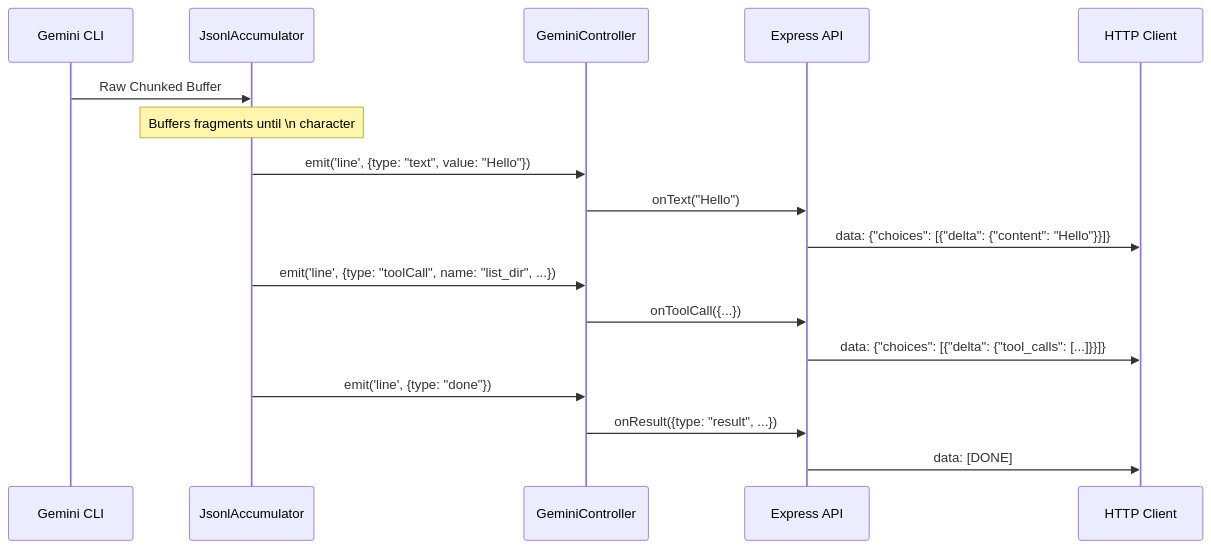
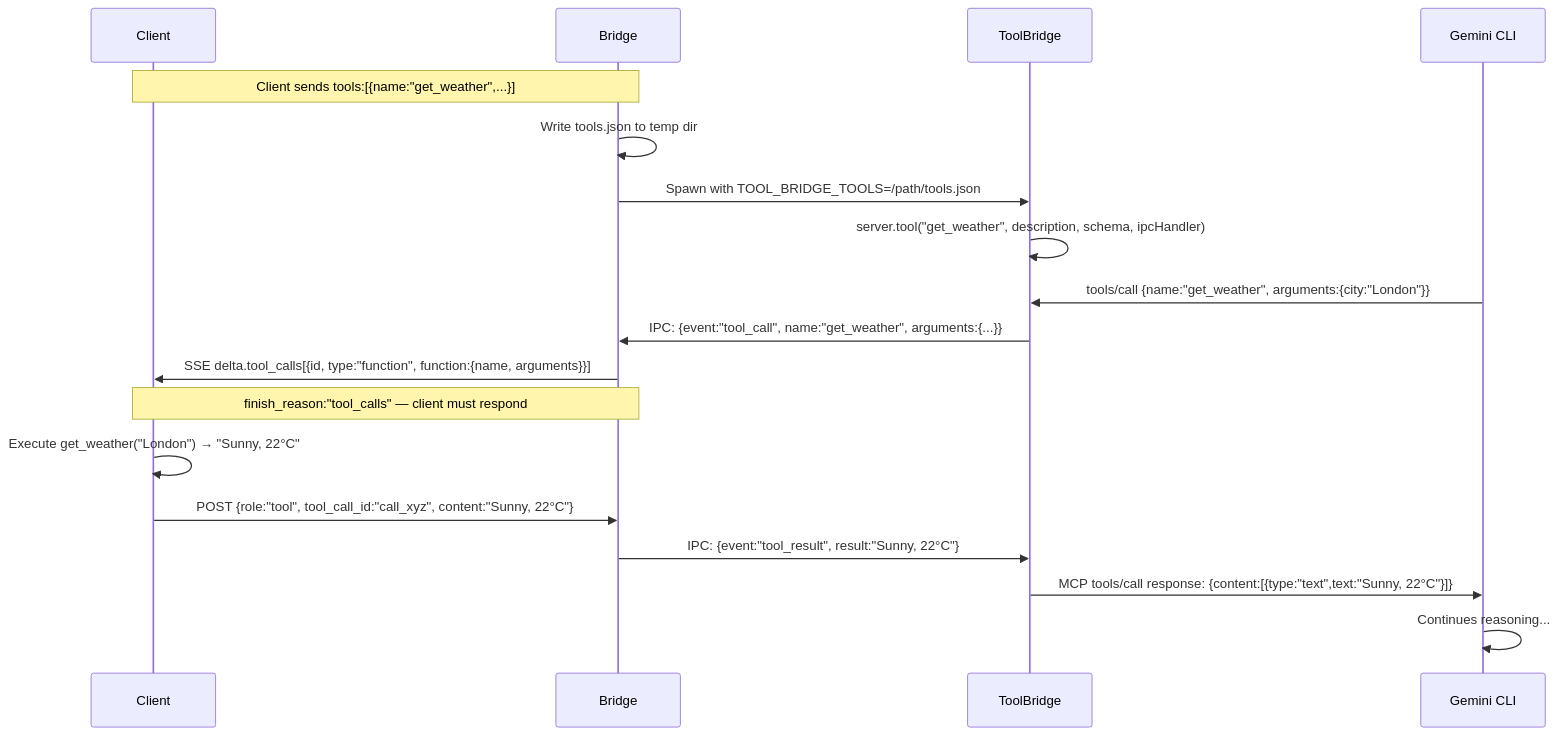
One commit to h0tp-ftw/ionosphere changed the sixth of 9 diagrams in ARCHITECTURE.md. Above: the diagram before and after it, drawn with Mermaid. The commit also changed other lines of this file, not shown here.

First line of the commit message:
docs: comprehensive ARCHITECTURE.md with 8 Mermaid diagrams

````diff
--- a/ARCHITECTURE.md
+++ b/ARCHITECTURE.md
@@ -232,22 +269,21 @@
 ```mermaid
 sequenceDiagram
+    participant C as Client
+    participant B as Bridge
+    participant TB as ToolBridge
     participant CLI as Gemini CLI
-    participant Accu as JsonlAccumulator
-    participant Ctrl as GeminiController
-    participant API as Express API
-    participant Client as HTTP Client
 
-    CLI->>Accu: Raw Chunked Buffer
-    Note over Accu: Buffers fragments until \n character
-    Accu->>Ctrl: emit('line', {type: "text", value: "Hello"})
-    Ctrl->>API: onText("Hello")
-    API->>Client: data: {"choices": [{"delta": {"content": "Hello"}}]}
-
-    Accu->>Ctrl: emit('line', {type: "toolCall", name: "list_dir", ...})
-    Ctrl->>API: onToolCall({...})
-    API->>Client: data: {"choices": [{"delta": {"tool_calls": [...]}}]}
-
-    Accu->>Ctrl: emit('line', {type: "done"})
-    Ctrl->>API: onResult({type: "result", ...})
-    API->>Client: data: [DONE]
+    Note over C,B: Client sends tools:[{name:"get_weather",...}]
+    B->>B: Write tools.json to temp dir
+    B->>TB: Spawn with TOOL_BRIDGE_TOOLS=/path/tools.json
+    TB->>TB: server.tool("get_weather", description, schema, ipcHandler)
+    CLI->>TB: tools/call {name:"get_weather", arguments:{city:"London"}}
+    TB->>B: IPC: {event:"tool_call", name:"get_weather", arguments:{...}}
+    B->>C: SSE delta.tool_calls[{id, type:"function", function:{name, arguments}}]
+    Note over B,C: finish_reason:"tool_calls" — client must respond
+    C->>C: Execute get_weather("London") → "Sunny, 22°C"
+    C->>B: POST {role:"tool", tool_call_id:"call_xyz", content:"Sunny, 22°C"}
+    B->>TB: IPC: {event:"tool_result", result:"Sunny, 22°C"}
+    TB->>CLI: MCP tools/call response: {content:[{type:"text",text:"Sunny, 22°C"}]}
+    CLI->>CLI: Continues reasoning...
 ```
````
